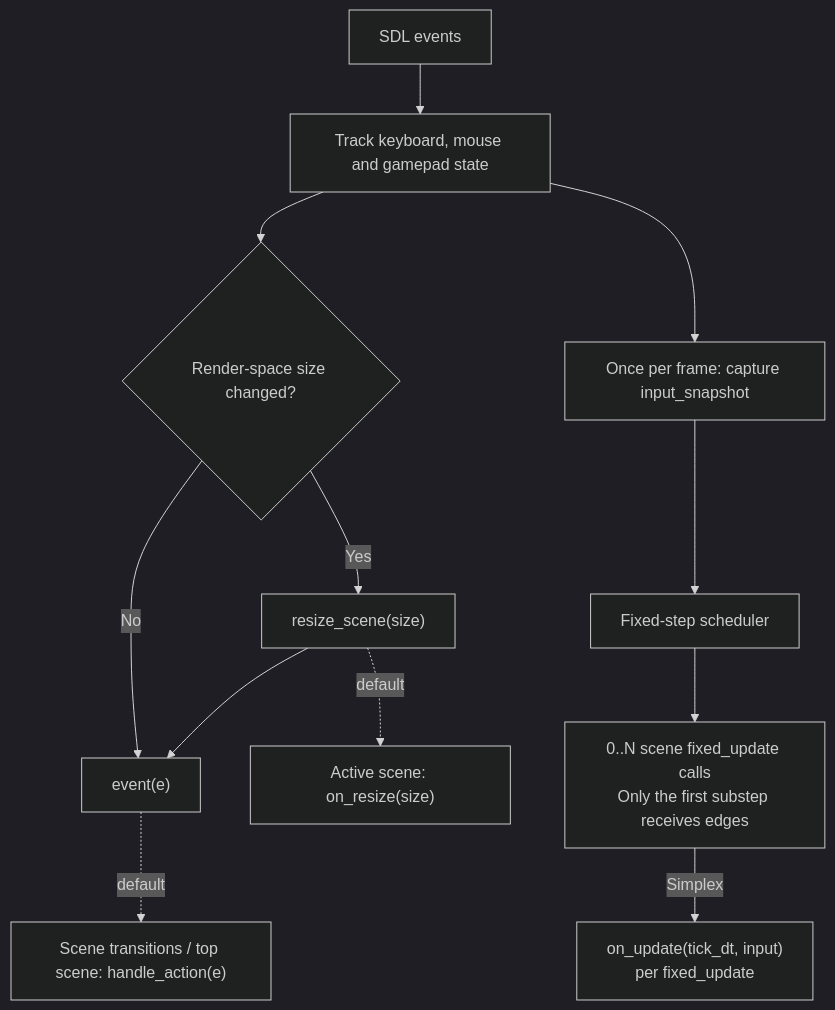
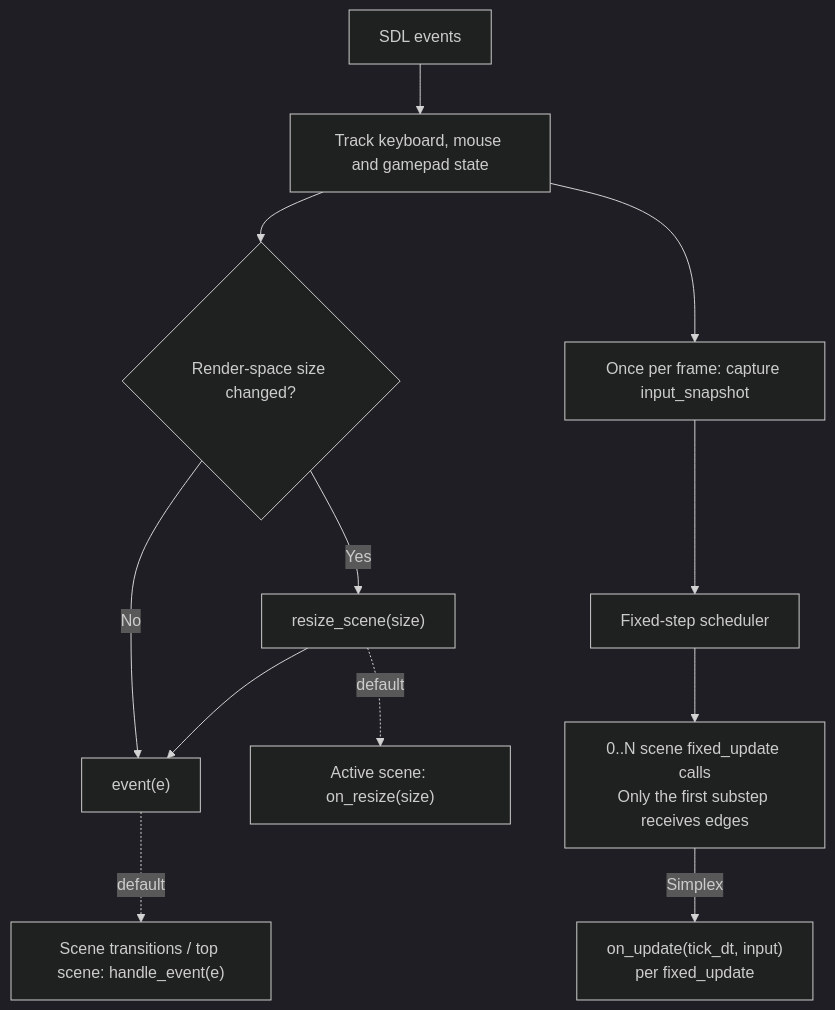
Before and after one commit to devbrain/neutrino: the diagram in website/docs/concepts/input.md, drawn with Mermaid (dark theme). The commit also changed other lines of this file and 32 other files, not shown here.

````diff
--- a/website/docs/concepts/input.md
+++ b/website/docs/concepts/input.md
@@ -42,14 +42,14 @@
 ```mermaid
 flowchart TD
     Pump["SDL events"] --> Track["Track keyboard, mouse and gamepad state"]
     Track --> Size{"Render-space size changed?"}
     Size -- Yes --> Resize["resize_scene(size)"]
     Resize --> Event["event(e)"]
     Size -- No --> Event
     Resize -. "default" .-> SceneResize["Active scene: on_resize(size)"]
-    Event -. "default" .-> Actions["Scene transitions / top scene: handle_action(e)"]
+    Event -. "default" .-> Actions["Scene transitions / top scene: handle_event(e)"]
     Track --> Sample["Once per frame: capture input_snapshot"]
     Sample --> Update["Fixed-step scheduler"]
     Update --> Steps["0..N scene fixed_update calls<br/>Only the first substep receives edges"]
     Steps -- "Simplex" --> Simplex["on_update(tick_dt, input)<br/>per fixed_update"]
 ```
````
